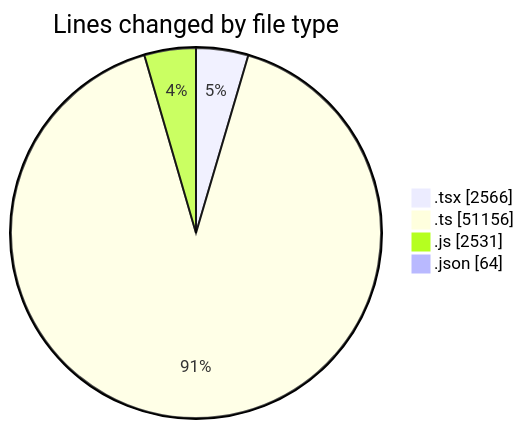
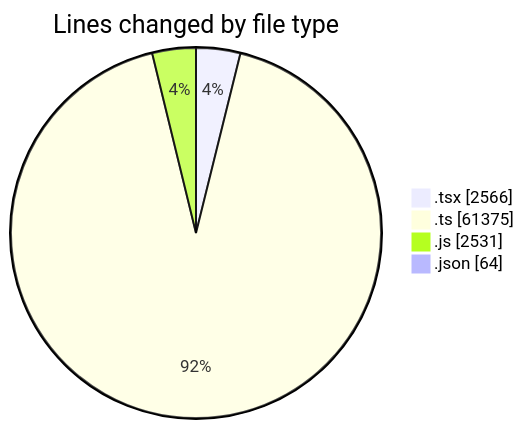
One commit to momahboobian/code-tracking changed the first of 2 diagrams in 2026-07-30/cda/README.md. Above: the diagram before and after it, drawn with Mermaid. The commit also changed other lines of this file and 1 other file, not shown here.

````diff
--- a/2026-07-30/cda/README.md
+++ b/2026-07-30/cda/README.md
@@ -52,8 +53,8 @@
 ```mermaid
 pie showData
 title Lines changed by file type
 ".tsx" : 2566
-".ts" : 51156
+".ts" : 61375
 ".js" : 2531
 ".json" : 64
 ```
````
